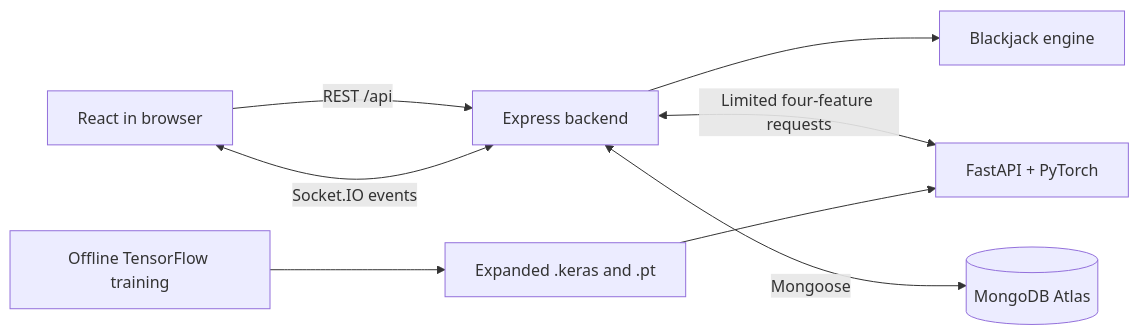
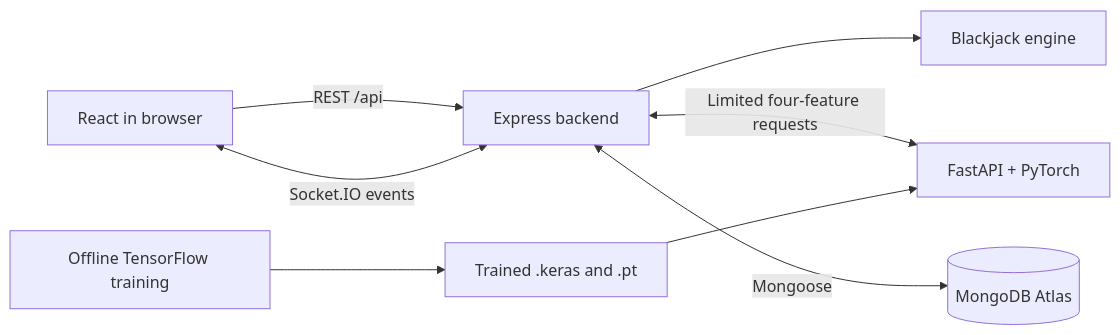
One commit to u6715032/Blackjack_Arena changed the diagram in docs/learning-guide/01-project-overview.md. Above: the diagram before and after it, drawn with Mermaid. The commit also changed other lines of this file and 26 other files, not shown here.

````diff
--- a/docs/learning-guide/01-project-overview.md
+++ b/docs/learning-guide/01-project-overview.md
@@ -11,10 +11,10 @@
 ```mermaid
 flowchart LR
     Browser[React in browser] -->|REST /api| Express[Express backend]
     Browser <-->|Socket.IO events| Express
     Express --> Engine[Blackjack engine]
     Express <-->|Limited four-feature requests| Python[FastAPI + PyTorch]
     Express <-->|Mongoose| Database[(MongoDB Atlas)]
-    Training[Offline TensorFlow training] --> Models[Expanded .keras and .pt]
+    Training[Offline TensorFlow training] --> Models[Trained .keras and .pt]
     Models --> Python
 ```
````
